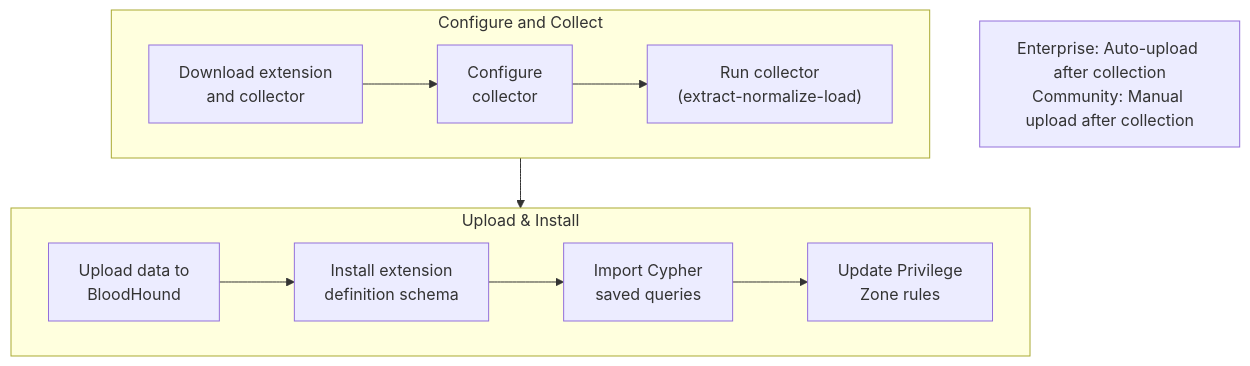
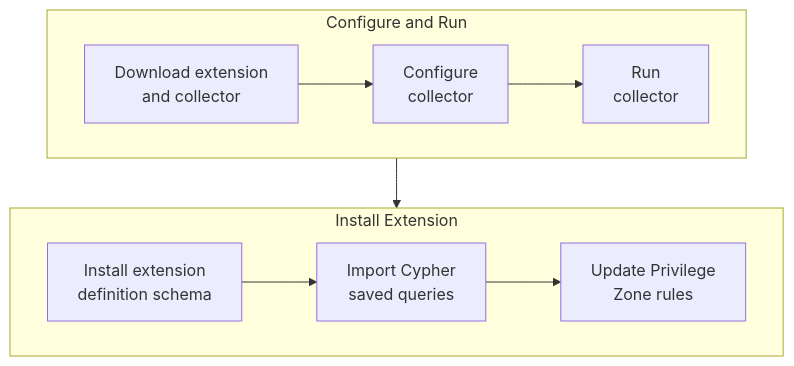
Before and after one commit to SpecterOps/bloodhound-docs: the first of 3 diagrams in docs/opengraph/extensions/manage.mdx, drawn with Mermaid. The commit also changed other lines of this file, not shown here.

Commit message:
docs: update extension workflow diagrams

````diff
--- a/docs/opengraph/extensions/manage.mdx
+++ b/docs/opengraph/extensions/manage.mdx
@@ -119,19 +116,16 @@
 ```mermaid
 flowchart TB
-	subgraph prepare["Configure and Collect"]
+	subgraph prepare[Configure and Run]
 		a["Download extension<br/>and collector"]
-        a-->b["Configure<br/>collector"]
-        b-->c["Run collector<br/>(extract-normalize-load)"]
+        a-->b["Configure<br/> collector"]
+        b-->c["Run<br/>collector"]
     end
 
-	subgraph upload["Upload & Install"]
-		f["Upload data to<br/>BloodHound"]
-        f-->g["Install extension<br/>definition schema"]
-        g-->h["Import Cypher<br/>saved queries"]
-        h-->i["Update Privilege<br/>Zone rules"]
+	subgraph upload[Install Extension]
+		f["Install extension<br/>definition schema"]
+        f-->g["Import Cypher<br/>saved queries"]
+		g-->h["Update Privilege<br/>Zone rules"]
 	end
 
     prepare-->upload
-
-	note["Enterprise: Auto-upload after collection<br/>Community: Manual upload after collection"]
 ```
````
